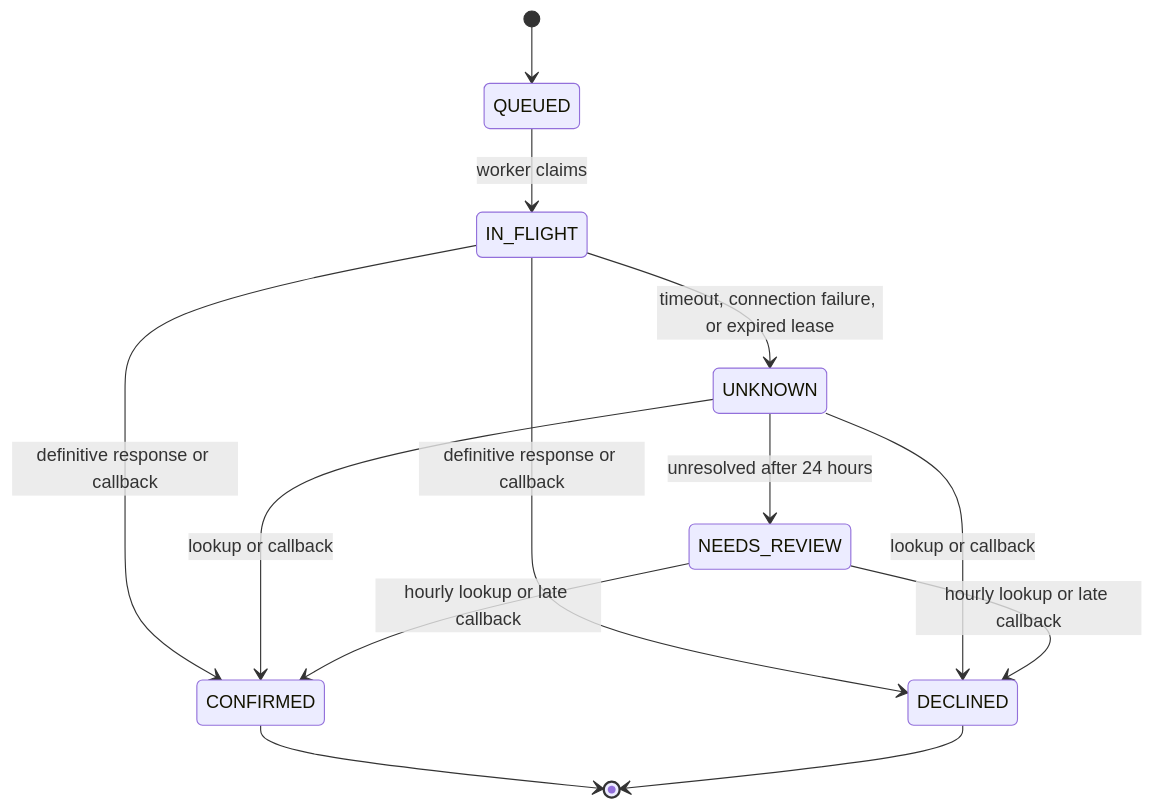
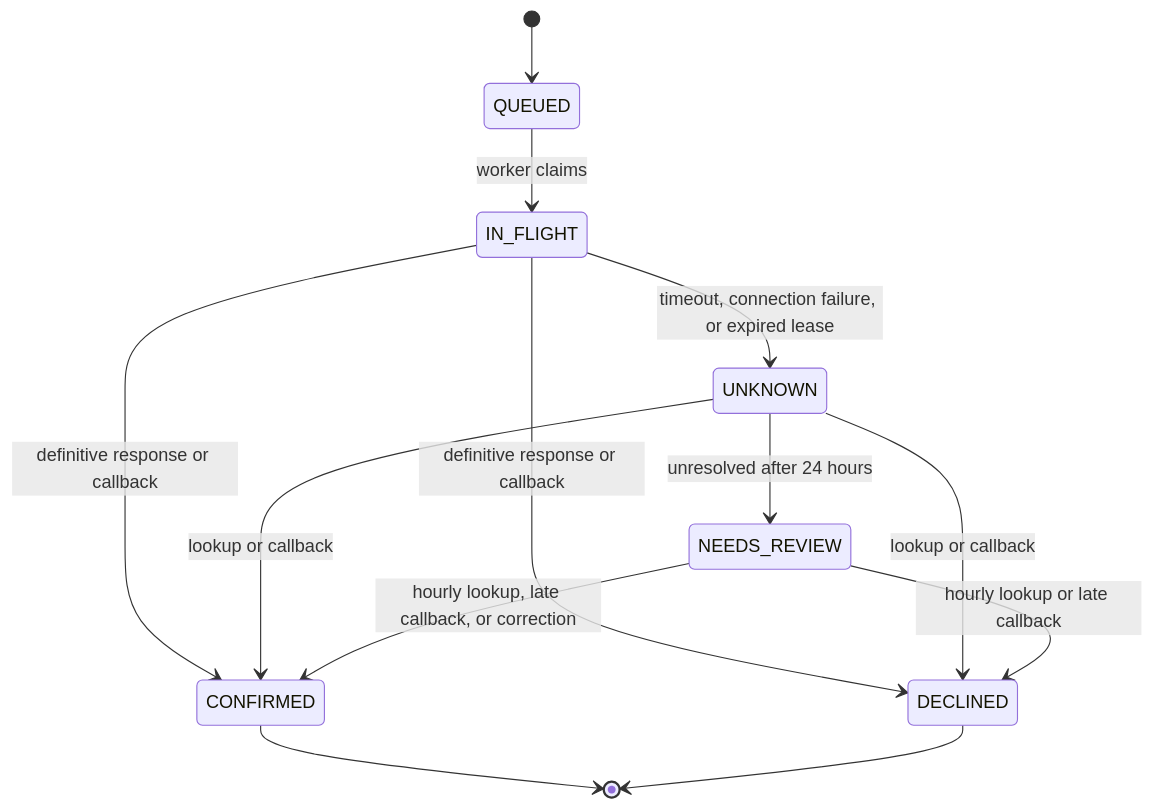
Before and after one commit to aryodh/payment-ledger-lab: the second of 3 diagrams in docs/accounting.md, drawn with Mermaid. The commit also changed other lines of this file, not shown here.

Commit message:
docs: add correction for operations in NEEDS_REVIEW

````diff
--- a/docs/accounting.md
+++ b/docs/accounting.md
@@ -62,15 +62,15 @@
 ```mermaid
 stateDiagram-v2
     [*] --> QUEUED
     QUEUED --> IN_FLIGHT: worker claims
     IN_FLIGHT --> CONFIRMED: definitive response or callback
     IN_FLIGHT --> DECLINED: definitive response or callback
     IN_FLIGHT --> UNKNOWN: timeout, connection failure, or expired lease
     UNKNOWN --> CONFIRMED: lookup or callback
     UNKNOWN --> DECLINED: lookup or callback
     UNKNOWN --> NEEDS_REVIEW: unresolved after 24 hours
-    NEEDS_REVIEW --> CONFIRMED: hourly lookup or late callback
+    NEEDS_REVIEW --> CONFIRMED: hourly lookup, late callback, or correction
     NEEDS_REVIEW --> DECLINED: hourly lookup or late callback
     CONFIRMED --> [*]
     DECLINED --> [*]
 ```
````
